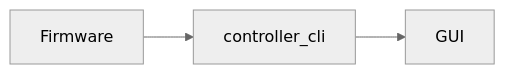
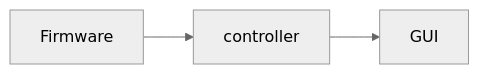
The diagram in docs/versioning.md (galactic-forensics/DigOutBox), drawn with Mermaid (neutral theme) before and after one commit. The commit also changed other lines of this file and 52 other files, not shown here.

````diff
--- a/docs/versioning.md
+++ b/docs/versioning.md
@@ -27,5 +29,5 @@
 ``` mermaid
 graph LR
-  A[Firmware] --> B[controller_cli];
+  A[Firmware] --> B[controller];
   B --> C[GUI];
 ```
````
